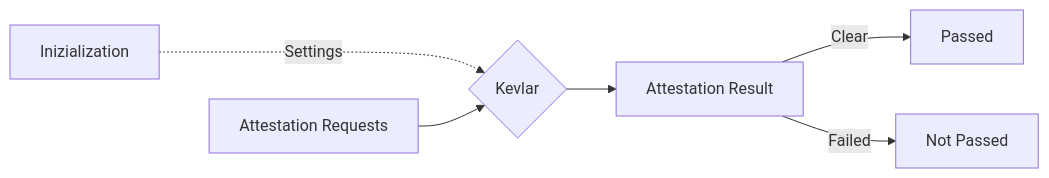
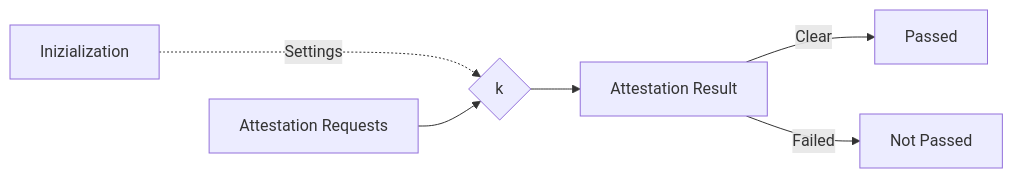
Before and after one commit to cioccarellia/ksprefs: the diagram in docs/index.md, drawn with Mermaid. The commit also changed other lines of this file and 1 other file, not shown here.

````diff
--- a/docs/index.md
+++ b/docs/index.md
@@ -37,8 +13,8 @@
 ``` mermaid
 graph LR
-  I[Inizialization] -.Settings..-> K{Kevlar};
+  I[Inizialization] -.Settings..-> K{k};
   AREQ[Attestation Requests] --> K
   K --> ARES[Attestation Result]
   ARES --> |Clear| P[Passed];
   ARES --> |Failed| NP[Not Passed];
 ```
````
